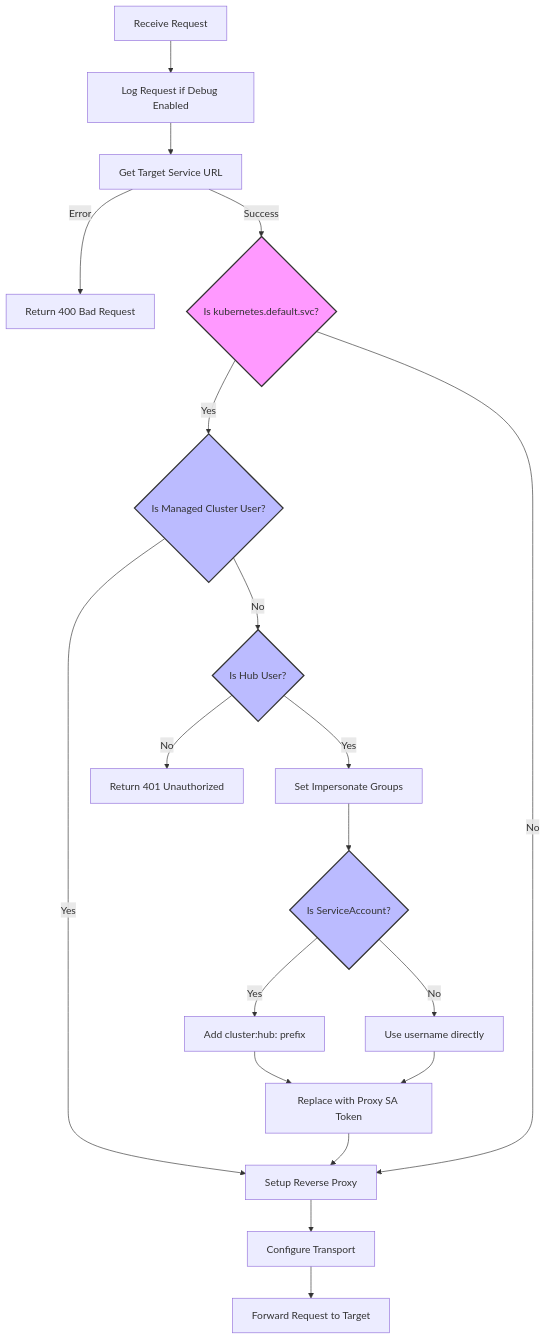
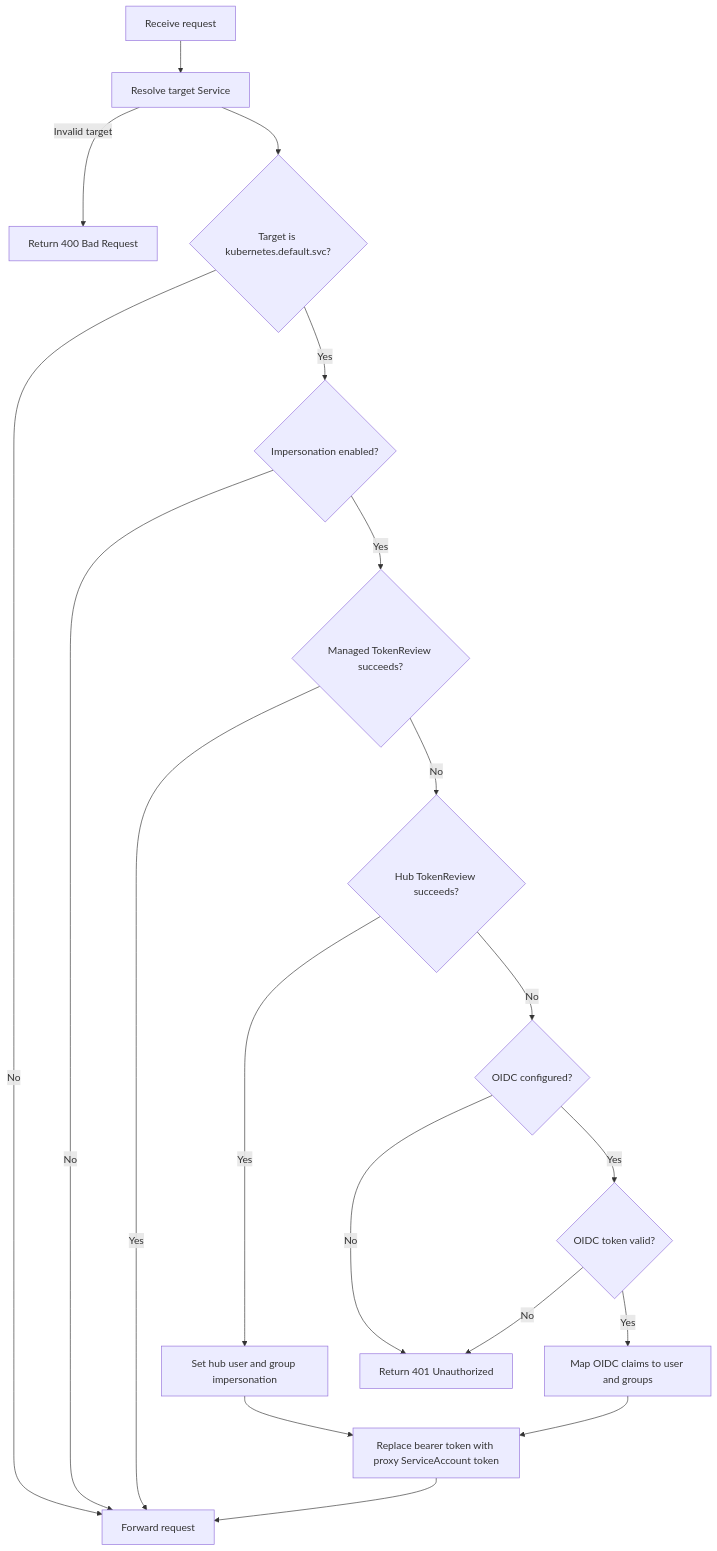
Before and after one commit to open-cluster-management-io/cluster-proxy: the diagram in pkg/serviceproxy/readme.md, drawn with Mermaid. The commit also changed other lines of this file and 778 other files, not shown here.

First line of the commit message:
:sparkles: OIDC token authentication for service-proxy (#329)

````diff
--- a/pkg/serviceproxy/readme.md
+++ b/pkg/serviceproxy/readme.md
@@ -17,31 +46,21 @@
 ```mermaid
 flowchart TD
-    A[Receive Request] --> B[Log Request if Debug Enabled]
-    B --> C[Get Target Service URL]
-    C -->|Error| D[Return 400 Bad Request]
-    C -->|Success| E{Is kubernetes.default.svc?}
-
-    E -->|Yes| G{Is Managed Cluster User?}
-    E -->|No| J[Setup Reverse Proxy]
-
-    G -->|Yes| J
-    G -->|No| H{Is Hub User?}
-
-    H -->|No| I[Return 401 Unauthorized]
-    H -->|Yes| K1[Set Impersonate Groups]
-
-    K1 --> K2{Is ServiceAccount?}
-    K2 -->|Yes| K3[Add cluster:hub: prefix]
-    K2 -->|No| K4[Use username directly]
-    K3 --> K5[Replace with Proxy SA Token]
-    K4 --> K5
-    K5 --> J
-
-    J --> L[Configure Transport]
-    L --> M[Forward Request to Target]
-
-    style E fill:#f9f,stroke:#333,stroke-width:2px
-    style G fill:#bbf,stroke:#333,stroke-width:2px
-    style H fill:#bbf,stroke:#333,stroke-width:2px
-    style K2 fill:#bbf,stroke:#333,stroke-width:2px
+    A[Receive request] --> B[Resolve target Service]
+    B -->|Invalid target| C[Return 400 Bad Request]
+    B --> D{Target is kubernetes.default.svc?}
+    D -->|No| P[Forward request]
+    D -->|Yes| E{Impersonation enabled?}
+    E -->|No| P
+    E -->|Yes| F{Managed TokenReview succeeds?}
+    F -->|Yes| P
+    F -->|No| G{Hub TokenReview succeeds?}
+    G -->|Yes| H[Set hub user and group impersonation]
+    G -->|No| I{OIDC configured?}
+    I -->|No| U[Return 401 Unauthorized]
+    I -->|Yes| J{OIDC token valid?}
+    J -->|No| U
+    J -->|Yes| K[Map OIDC claims to user and groups]
+    H --> L[Replace bearer token with proxy ServiceAccount token]
+    K --> L
+    L --> P
 ```
````
